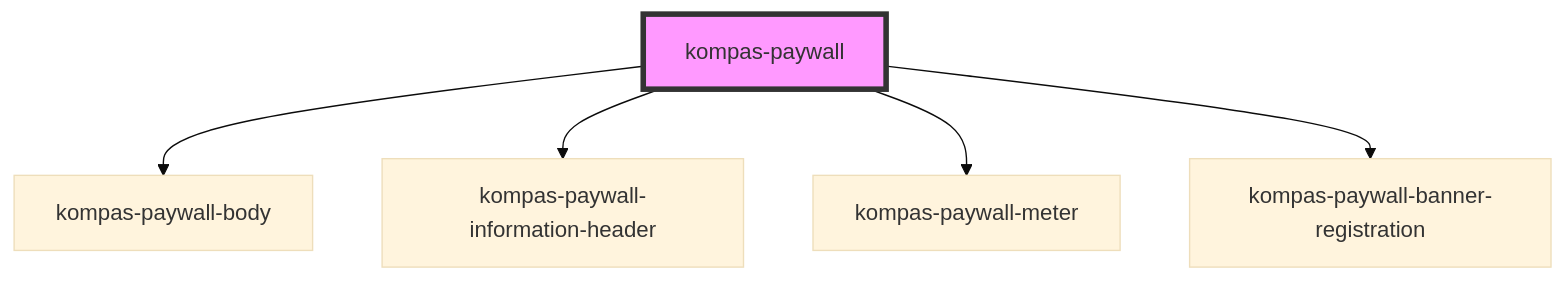
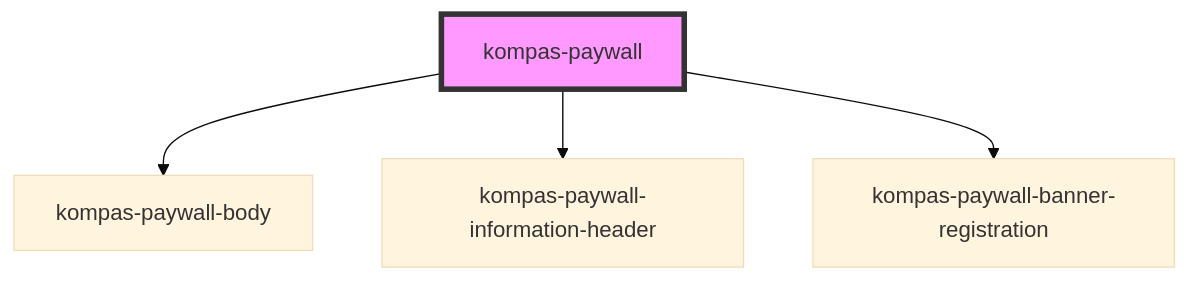
One commit to pt-kompas-media-nusantara/kompas-web-components changed the diagram in src/components/kompas-paywall/readme.md. Above: the diagram before and after it, drawn with Mermaid (base theme). The commit also changed other lines of this file and 13 other files, not shown here.

````diff
--- a/src/components/kompas-paywall/readme.md
+++ b/src/components/kompas-paywall/readme.md
@@ -138,8 +136,7 @@
 ```mermaid
 graph TD;
   kompas-paywall --> kompas-paywall-body
   kompas-paywall --> kompas-paywall-information-header
-  kompas-paywall --> kompas-paywall-meter
   kompas-paywall --> kompas-paywall-banner-registration
   style kompas-paywall fill:#f9f,stroke:#333,stroke-width:4px
 ```
````
